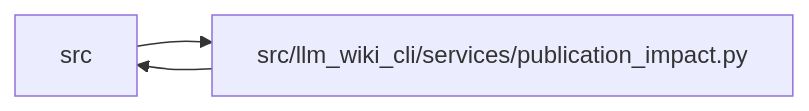
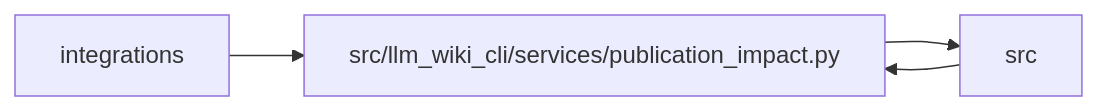
One commit to Denissvgn/python-wiki-llm changed the diagram in docs/llm_wiki/modules/publication_impact.md. Above: the diagram before and after it, drawn with Mermaid. The commit also changed other lines of this file and 369 other files, not shown here.

````diff
--- a/docs/llm_wiki/modules/publication_impact.md
+++ b/docs/llm_wiki/modules/publication_impact.md
@@ -34,8 +34,10 @@
 ```mermaid
 flowchart LR
-    n0["src"]
-    n1["src/llm_wiki_cli/services/publication_impact.py"]
-    n0 --> n1
-    n1 --> n0
-    click n1 "../modules/publication_impact.md"
+    n0["integrations"]
+    n1["src"]
+    n2["src/llm_wiki_cli/services/publication_impact.py"]
+    n0 --> n2
+    n1 --> n2
+    n2 --> n1
+    click n2 "../modules/publication_impact.md"
 ```
````
